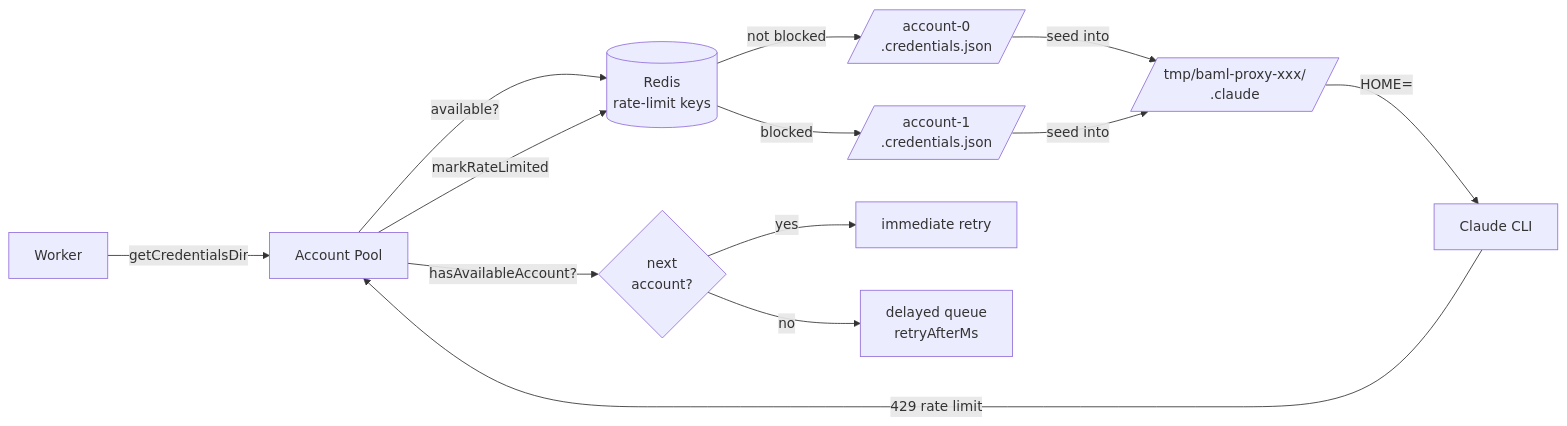
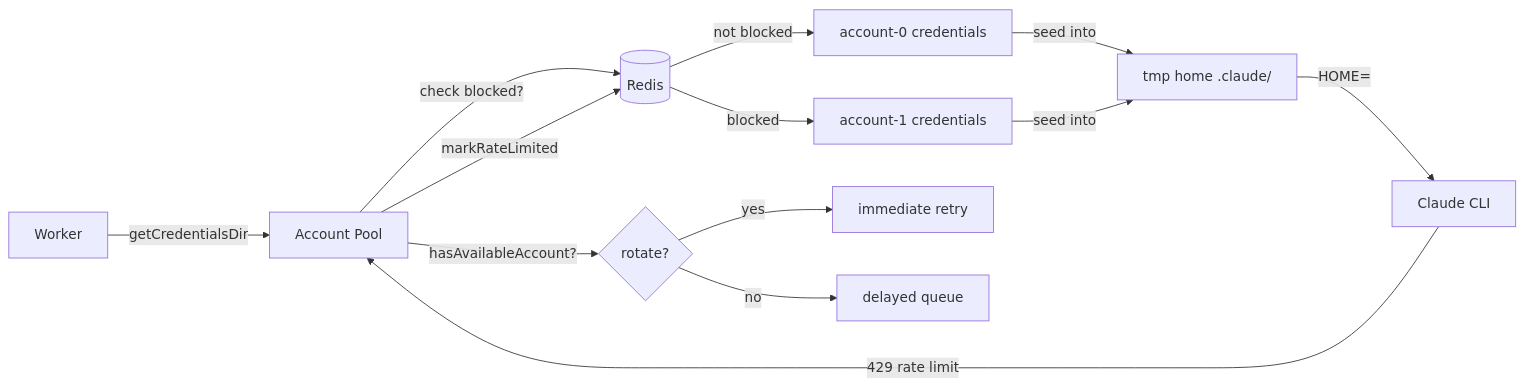
Before and after one commit to Replikanti/ralph-platform: the sixth of 8 diagrams in ARCHITECTURE.md, drawn with Mermaid. The commit also changed other lines of this file, not shown here.

First line of the commit message:
fix(docs): replace <br/> in mermaid flowchart node labels

````diff
--- a/ARCHITECTURE.md
+++ b/ARCHITECTURE.md
@@ -626,16 +626,16 @@
 ```mermaid
 flowchart LR
     Worker -->|getCredentialsDir| Pool[Account Pool]
-    Pool -->|available?| Redis[(Redis\nrate-limit keys)]
-    Redis -->|not blocked| Creds[/account-0\n.credentials.json/]
-    Redis -->|blocked| Creds2[/account-1\n.credentials.json/]
-    Creds -->|seed into| TempHome[/tmp/baml-proxy-xxx/\n.claude/]
+    Pool -->|check blocked?| Redis[(Redis)]
+    Redis -->|not blocked| Creds["account-0 credentials"]
+    Redis -->|blocked| Creds2["account-1 credentials"]
+    Creds -->|seed into| TempHome["tmp home .claude/"]
     Creds2 -->|seed into| TempHome
     TempHome -->|HOME=| ClaudeCLI[Claude CLI]
 
     ClaudeCLI -->|429 rate limit| Pool
     Pool -->|markRateLimited| Redis
-    Pool -->|hasAvailableAccount?| Decision{next\naccount?}
+    Pool -->|hasAvailableAccount?| Decision{rotate?}
     Decision -->|yes| Retry[immediate retry]
-    Decision -->|no| Delay[delayed queue\nretryAfterMs]
+    Decision -->|no| Delay[delayed queue]
 ```
````
